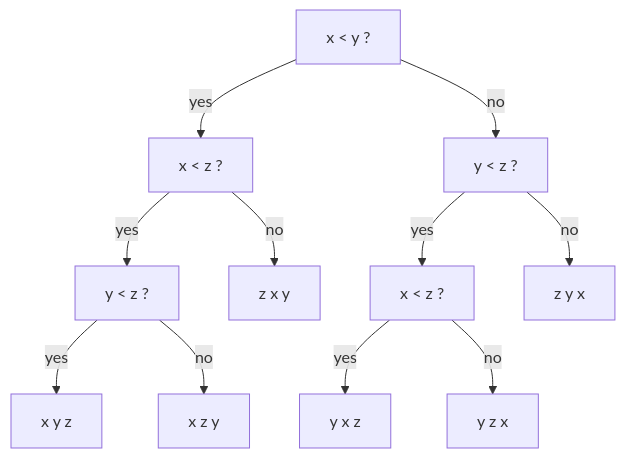
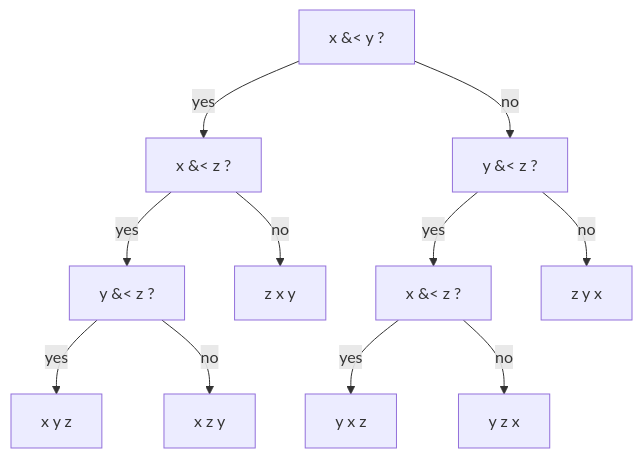
The diagram in course/dsa/s01-foundations/s01e04-lower-bounds-radix-sort.md (21r21a33333/system-design-course), drawn with Mermaid before and after one commit. The commit also changed 13 other files, not shown here.

First line of the commit message:
feat(os): Virtualization·Memory (9 pages) + mermaid entity fix

````diff
--- a/course/dsa/s01-foundations/s01e04-lower-bounds-radix-sort.md
+++ b/course/dsa/s01-foundations/s01e04-lower-bounds-radix-sort.md
@@ -39,13 +39,13 @@
 ```mermaid
 graph TD
-    A["x #60; y ?"] -->|yes| B["x #60; z ?"]
-    A -->|no| C["y #60; z ?"]
-    B -->|yes| D["y #60; z ?"]
+    A["x &#60; y ?"] -->|yes| B["x &#60; z ?"]
+    A -->|no| C["y &#60; z ?"]
+    B -->|yes| D["y &#60; z ?"]
     B -->|no| E["z x y"]
-    C -->|yes| F["x #60; z ?"]
+    C -->|yes| F["x &#60; z ?"]
     C -->|no| G["z y x"]
     D -->|yes| H["x y z"]
     D -->|no| I["x z y"]
     F -->|yes| J["y x z"]
     F -->|no| K["y z x"]
 ```
````
